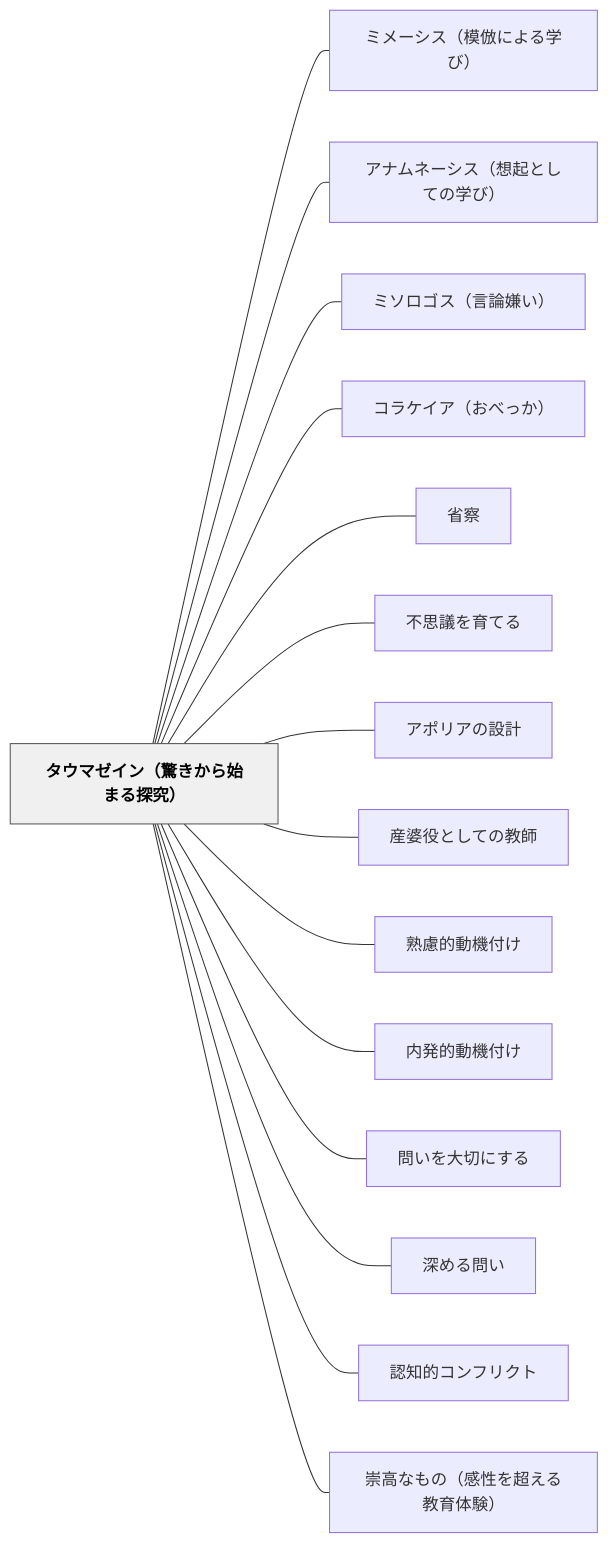
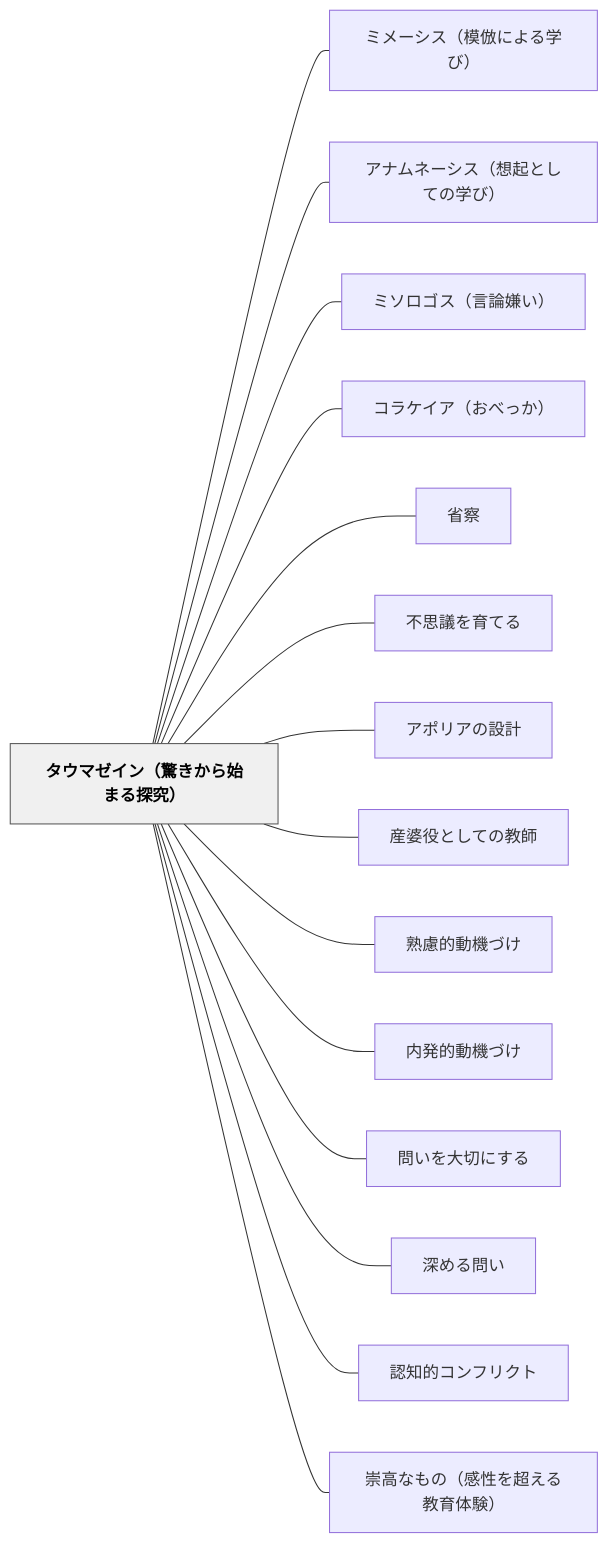
The diagram in content/パタン/タウマゼイン（驚きから始まる探究）.md (unknownthings-ed-patterns/unknownthings-ed-patterns), drawn with Mermaid before and after one commit. The commit also changed other lines of this file and 234 other files, not shown here.

````diff
--- a/content/パタン/タウマゼイン（驚きから始まる探究）.md
+++ b/content/パタン/タウマゼイン（驚きから始まる探究）.md
@@ -573,36 +573,36 @@
 ```mermaid
 flowchart LR
     ne382bfe382a6e3839ee382bce382a4e383b3efbc88e9a99ae3818de3818be38289e5a78be381bee3828be68ea2e7a9b6efbc89["タウマゼイン（驚きから始まる探究）"]
     ne3839fe383a1e383bce382b7e382b9efbc88e6a8a1e580a3e381abe38288e3828be5ada6e381b3efbc89["ミメーシス（模倣による学び）"]
     ne382a2e3838ae383a0e3838de383bce382b7e382b9efbc88e683b3e8b5b7e381a8e38197e381a6e381aee5ada6e381b3efbc89["アナムネーシス（想起としての学び）"]
     ne3839fe382bde383ade382b4e382b9efbc88e8a880e8ab96e5ab8ce38184efbc89["ミソロゴス（言論嫌い）"]
     ne382b3e383a9e382b1e382a4e382a2efbc88e3818ae381b9e381a3e3818befbc89["コラケイア（おべっか）"]
     ne79c81e5af9f["省察"]
     ne4b88de6809de8adb0e38292e882b2e381a6e3828b["不思議を育てる"]
     ne382a2e3839de383aae382a2e381aee8a8ade8a888["アポリアの設計"]
     ne794a3e5a986e5bdb9e381a8e38197e381a6e381aee69599e5b8ab["産婆役としての教師"]
-    ne7869fe685aee79a84e58b95e6a99fe4bb98e38191["熟慮的動機付け"]
-    ne58685e799bae79a84e58b95e6a99fe4bb98e38191["内発的動機付け"]
+    ne7869fe685aee79a84e58b95e6a99fe381a5e38191["熟慮的動機づけ"]
+    ne58685e799bae79a84e58b95e6a99fe381a5e38191["内発的動機づけ"]
     ne5958fe38184e38292e5a4a7e58887e381abe38199e3828b["問いを大切にする"]
     ne6b7b1e38281e3828be5958fe38184["深める問い"]
     ne8aa8de79fa5e79a84e382b3e383b3e38395e383aae382afe38388["認知的コンフリクト"]
     ne5b487e9ab98e381aae38282e381aeefbc88e6849fe680a7e38292e8b685e38188e3828be69599e882b2e4bd93e9a893efbc89["崇高なもの（感性を超える教育体験）"]
 
     ne382bfe382a6e3839ee382bce382a4e383b3efbc88e9a99ae3818de3818be38289e5a78be381bee3828be68ea2e7a9b6efbc89 --- ne3839fe383a1e383bce382b7e382b9efbc88e6a8a1e580a3e381abe38288e3828be5ada6e381b3efbc89
     ne382bfe382a6e3839ee382bce382a4e383b3efbc88e9a99ae3818de3818be38289e5a78be381bee3828be68ea2e7a9b6efbc89 --- ne382a2e3838ae383a0e3838de383bce382b7e382b9efbc88e683b3e8b5b7e381a8e38197e381a6e381aee5ada6e381b3efbc89
     ne382bfe382a6e3839ee382bce382a4e383b3efbc88e9a99ae3818de3818be38289e5a78be381bee3828be68ea2e7a9b6efbc89 --- ne3839fe382bde383ade382b4e382b9efbc88e8a880e8ab96e5ab8ce38184efbc89
     ne382bfe382a6e3839ee382bce382a4e383b3efbc88e9a99ae3818de3818be38289e5a78be381bee3828be68ea2e7a9b6efbc89 --- ne382b3e383a9e382b1e382a4e382a2efbc88e3818ae381b9e381a3e3818befbc89
     ne382bfe382a6e3839ee382bce382a4e383b3efbc88e9a99ae3818de3818be38289e5a78be381bee3828be68ea2e7a9b6efbc89 --- ne79c81e5af9f
     ne382bfe382a6e3839ee382bce382a4e383b3efbc88e9a99ae3818de3818be38289e5a78be381bee3828be68ea2e7a9b6efbc89 --- ne4b88de6809de8adb0e38292e882b2e381a6e3828b
     ne382bfe382a6e3839ee382bce382a4e383b3efbc88e9a99ae3818de3818be38289e5a78be381bee3828be68ea2e7a9b6efbc89 --- ne382a2e3839de383aae382a2e381aee8a8ade8a888
     ne382bfe382a6e3839ee382bce382a4e383b3efbc88e9a99ae3818de3818be38289e5a78be381bee3828be68ea2e7a9b6efbc89 --- ne794a3e5a986e5bdb9e381a8e38197e381a6e381aee69599e5b8ab
-    ne382bfe382a6e3839ee382bce382a4e383b3efbc88e9a99ae3818de3818be38289e5a78be381bee3828be68ea2e7a9b6efbc89 --- ne7869fe685aee79a84e58b95e6a99fe4bb98e38191
-    ne382bfe382a6e3839ee382bce382a4e383b3efbc88e9a99ae3818de3818be38289e5a78be381bee3828be68ea2e7a9b6efbc89 --- ne58685e799bae79a84e58b95e6a99fe4bb98e38191
+    ne382bfe382a6e3839ee382bce382a4e383b3efbc88e9a99ae3818de3818be38289e5a78be381bee3828be68ea2e7a9b6efbc89 --- ne7869fe685aee79a84e58b95e6a99fe381a5e38191
+    ne382bfe382a6e3839ee382bce382a4e383b3efbc88e9a99ae3818de3818be38289e5a78be381bee3828be68ea2e7a9b6efbc89 --- ne58685e799bae79a84e58b95e6a99fe381a5e38191
     ne382bfe382a6e3839ee382bce382a4e383b3efbc88e9a99ae3818de3818be38289e5a78be381bee3828be68ea2e7a9b6efbc89 --- ne5958fe38184e38292e5a4a7e58887e381abe38199e3828b
     ne382bfe382a6e3839ee382bce382a4e383b3efbc88e9a99ae3818de3818be38289e5a78be381bee3828be68ea2e7a9b6efbc89 --- ne6b7b1e38281e3828be5958fe38184
     ne382bfe382a6e3839ee382bce382a4e383b3efbc88e9a99ae3818de3818be38289e5a78be381bee3828be68ea2e7a9b6efbc89 --- ne8aa8de79fa5e79a84e382b3e383b3e38395e383aae382afe38388
     ne382bfe382a6e3839ee382bce382a4e383b3efbc88e9a99ae3818de3818be38289e5a78be381bee3828be68ea2e7a9b6efbc89 --- ne5b487e9ab98e381aae38282e381aeefbc88e6849fe680a7e38292e8b685e38188e3828be69599e882b2e4bd93e9a893efbc89
 
     classDef hub fill:#f0f0f0,stroke:#555,color:#000,font-weight:bold
     class ne382bfe382a6e3839ee382bce382a4e383b3efbc88e9a99ae3818de3818be38289e5a78be381bee3828be68ea2e7a9b6efbc89 hub
 ```
````
